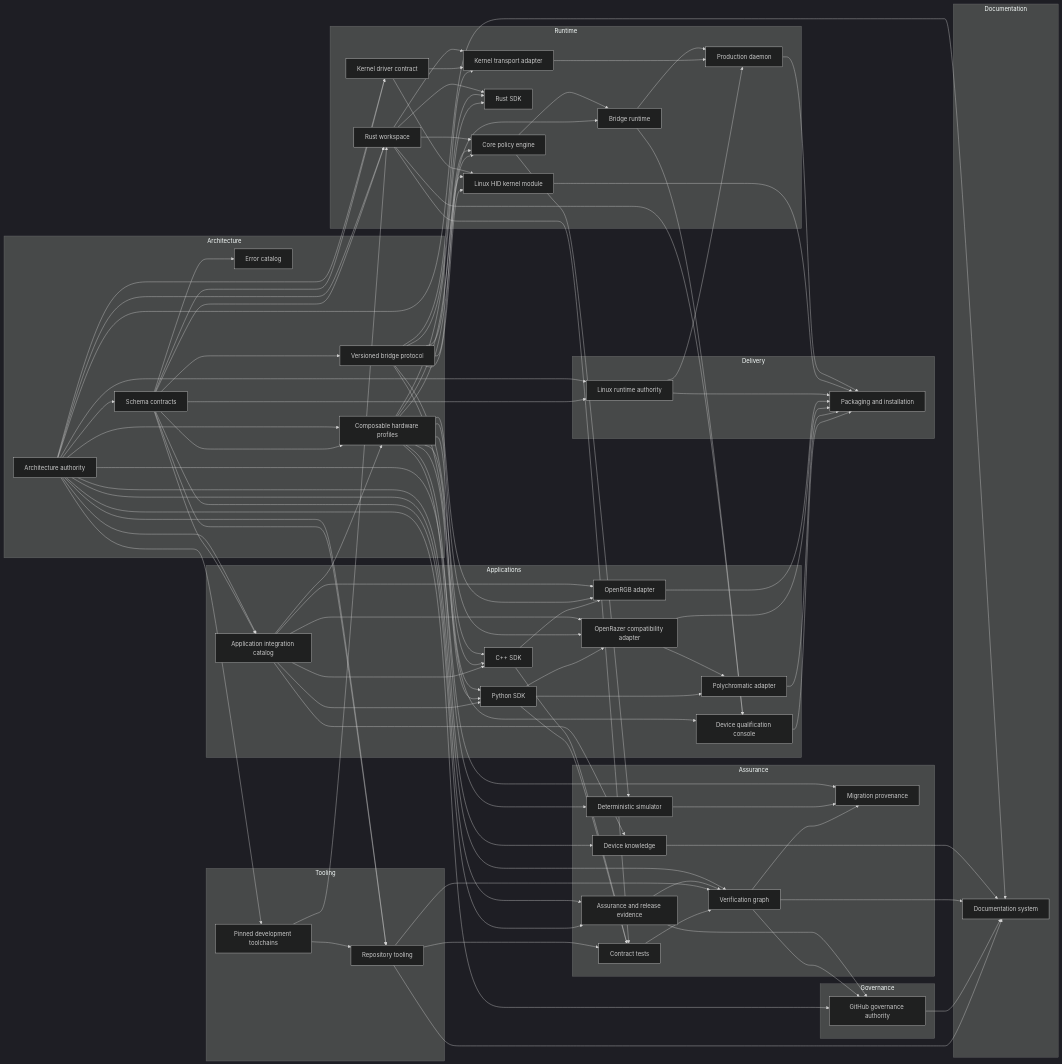
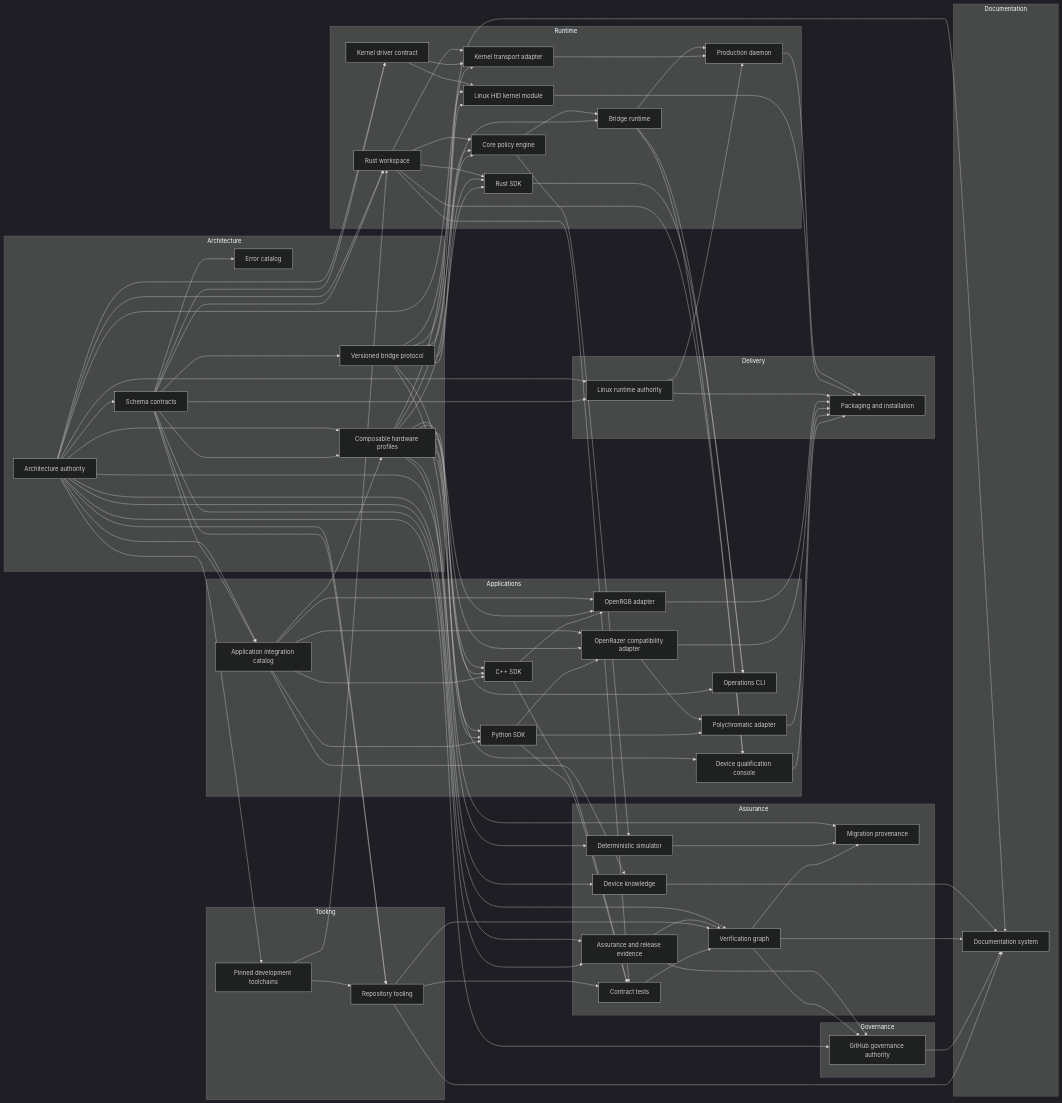
The diagram in docs/generated/repository-atlas.md (offalexjackson777-stack/hyperflux-next), drawn with Mermaid (dark theme) before and after one commit. The commit also changed other lines of this file and 48 other files, not shown here.

```diff
--- a/docs/generated/repository-atlas.md
+++ b/docs/generated/repository-atlas.md
@@ -18,6 +18,7 @@
         n_openrazer_adapter["OpenRazer compatibility adapter"]
         n_polychromatic_adapter["Polychromatic adapter"]
         n_device_qualification_console["Device qualification console"]
+        n_operations_cli["Operations CLI"]
         n_sdk_cpp["C++ SDK"]
         n_sdk_python["Python SDK"]
     end
@@ -96,6 +97,9 @@
     n_rust_workspace --> n_rust_sdk
     n_protocol --> n_rust_sdk
     n_profiles --> n_rust_sdk
+    n_rust_sdk --> n_operations_cli
+    n_profiles --> n_operations_cli
+    n_bridge_runtime --> n_operations_cli
     n_rust_workspace --> n_kernel_transport
     n_driver_contract --> n_kernel_transport
     n_protocol --> n_kernel_transport
```
